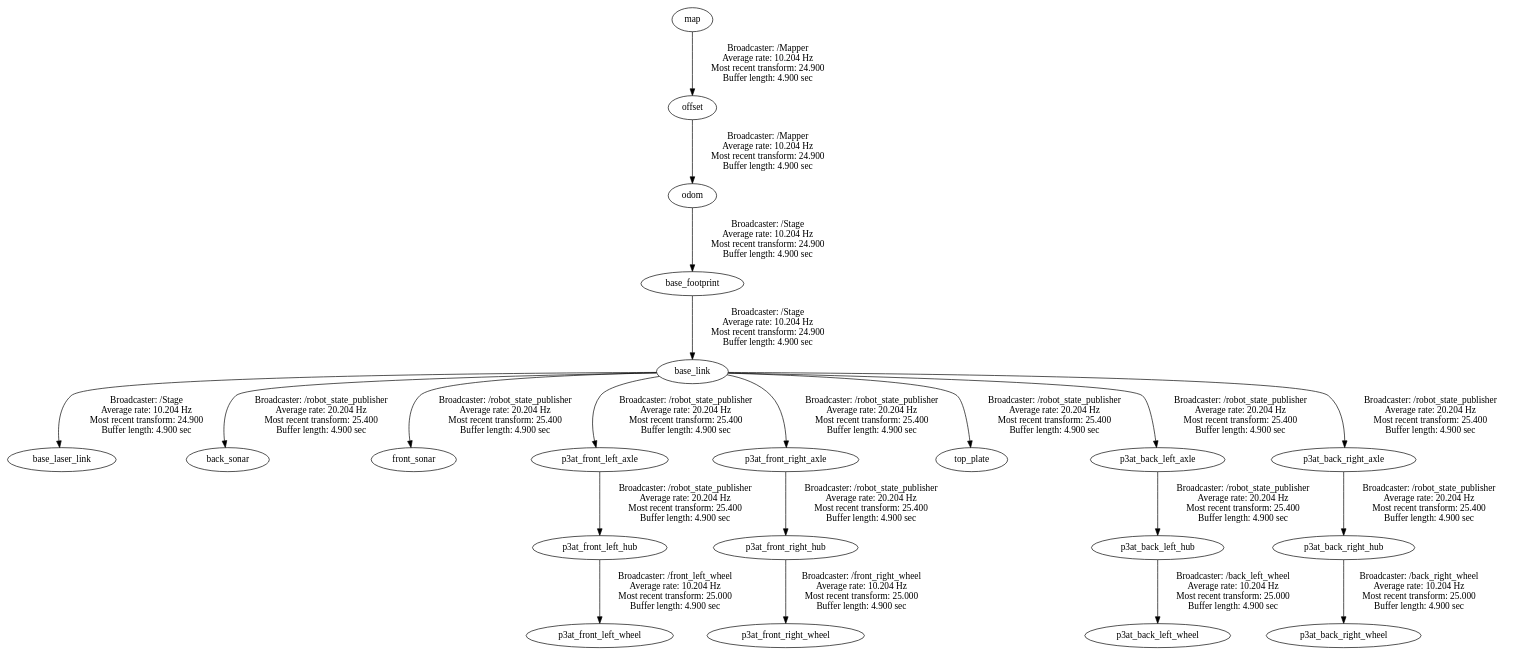
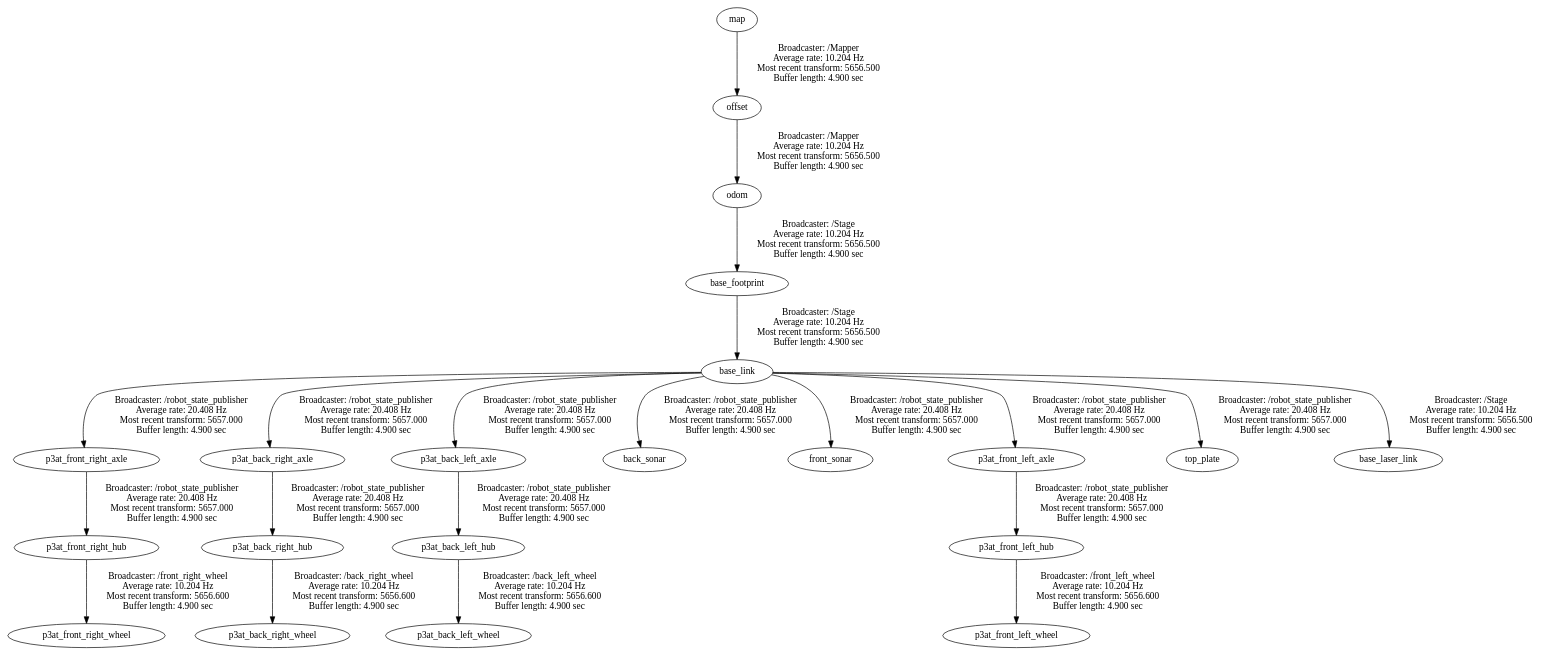
The diagram in config/frames.gv (LiliMeng/coverage_2d), drawn with Graphviz before and after one commit. The commit also changed 41 other files, not shown here.

```diff
--- a/config/frames.gv
+++ b/config/frames.gv
@@ -1,22 +1,22 @@
 digraph G {
-"base_link" -> "base_laser_link"[label="Broadcaster: /Stage\nAverage rate: 10.204 Hz\nMost recent transform: 24.900 \nBuffer length: 4.900 sec\n"];
-"base_footprint" -> "base_link"[label="Broadcaster: /Stage\nAverage rate: 10.204 Hz\nMost recent transform: 24.900 \nBuffer length: 4.900 sec\n"];
-"odom" -> "base_footprint"[label="Broadcaster: /Stage\nAverage rate: 10.204 Hz\nMost recent transform: 24.900 \nBuffer length: 4.900 sec\n"];
-"offset" -> "odom"[label="Broadcaster: /Mapper\nAverage rate: 10.204 Hz\nMost recent transform: 24.900 \nBuffer length: 4.900 sec\n"];
-"base_link" -> "back_sonar"[label="Broadcaster: /robot_state_publisher\nAverage rate: 20.204 Hz\nMost recent transform: 25.400 \nBuffer length: 4.900 sec\n"];
-"base_link" -> "front_sonar"[label="Broadcaster: /robot_state_publisher\nAverage rate: 20.204 Hz\nMost recent transform: 25.400 \nBuffer length: 4.900 sec\n"];
-"base_link" -> "p3at_front_left_axle"[label="Broadcaster: /robot_state_publisher\nAverage rate: 20.204 Hz\nMost recent transform: 25.400 \nBuffer length: 4.900 sec\n"];
-"p3at_front_left_axle" -> "p3at_front_left_hub"[label="Broadcaster: /robot_state_publisher\nAverage rate: 20.204 Hz\nMost recent transform: 25.400 \nBuffer length: 4.900 sec\n"];
-"base_link" -> "p3at_front_right_axle"[label="Broadcaster: /robot_state_publisher\nAverage rate: 20.204 Hz\nMost recent transform: 25.400 \nBuffer length: 4.900 sec\n"];
-"p3at_front_right_axle" -> "p3at_front_right_hub"[label="Broadcaster: /robot_state_publisher\nAverage rate: 20.204 Hz\nMost recent transform: 25.400 \nBuffer length: 4.900 sec\n"];
-"base_link" -> "top_plate"[label="Broadcaster: /robot_state_publisher\nAverage rate: 20.204 Hz\nMost recent transform: 25.400 \nBuffer length: 4.900 sec\n"];
-"base_link" -> "p3at_back_left_axle"[label="Broadcaster: /robot_state_publisher\nAverage rate: 20.204 Hz\nMost recent transform: 25.400 \nBuffer length: 4.900 sec\n"];
-"base_link" -> "p3at_back_right_axle"[label="Broadcaster: /robot_state_publisher\nAverage rate: 20.204 Hz\nMost recent transform: 25.400 \nBuffer length: 4.900 sec\n"];
-"p3at_back_left_axle" -> "p3at_back_left_hub"[label="Broadcaster: /robot_state_publisher\nAverage rate: 20.204 Hz\nMost recent transform: 25.400 \nBuffer length: 4.900 sec\n"];
-"p3at_back_right_axle" -> "p3at_back_right_hub"[label="Broadcaster: /robot_state_publisher\nAverage rate: 20.204 Hz\nMost recent transform: 25.400 \nBuffer length: 4.900 sec\n"];
-"map" -> "offset"[label="Broadcaster: /Mapper\nAverage rate: 10.204 Hz\nMost recent transform: 24.900 \nBuffer length: 4.900 sec\n"];
-"p3at_front_right_hub" -> "p3at_front_right_wheel"[label="Broadcaster: /front_right_wheel\nAverage rate: 10.204 Hz\nMost recent transform: 25.000 \nBuffer length: 4.900 sec\n"];
-"p3at_back_right_hub" -> "p3at_back_right_wheel"[label="Broadcaster: /back_right_wheel\nAverage rate: 10.204 Hz\nMost recent transform: 25.000 \nBuffer length: 4.900 sec\n"];
-"p3at_back_left_hub" -> "p3at_back_left_wheel"[label="Broadcaster: /back_left_wheel\nAverage rate: 10.204 Hz\nMost recent transform: 25.000 \nBuffer length: 4.900 sec\n"];
-"p3at_front_left_hub" -> "p3at_front_left_wheel"[label="Broadcaster: /front_left_wheel\nAverage rate: 10.204 Hz\nMost recent transform: 25.000 \nBuffer length: 4.900 sec\n"];
+"p3at_front_right_hub" -> "p3at_front_right_wheel"[label="Broadcaster: /front_right_wheel\nAverage rate: 10.204 Hz\nMost recent transform: 5656.600 \nBuffer length: 4.900 sec\n"];
+"p3at_front_right_axle" -> "p3at_front_right_hub"[label="Broadcaster: /robot_state_publisher\nAverage rate: 20.408 Hz\nMost recent transform: 5657.000 \nBuffer length: 4.900 sec\n"];
+"p3at_back_right_hub" -> "p3at_back_right_wheel"[label="Broadcaster: /back_right_wheel\nAverage rate: 10.204 Hz\nMost recent transform: 5656.600 \nBuffer length: 4.900 sec\n"];
+"p3at_back_right_axle" -> "p3at_back_right_hub"[label="Broadcaster: /robot_state_publisher\nAverage rate: 20.408 Hz\nMost recent transform: 5657.000 \nBuffer length: 4.900 sec\n"];
+"offset" -> "odom"[label="Broadcaster: /Mapper\nAverage rate: 10.204 Hz\nMost recent transform: 5656.500 \nBuffer length: 4.900 sec\n"];
+"map" -> "offset"[label="Broadcaster: /Mapper\nAverage rate: 10.204 Hz\nMost recent transform: 5656.500 \nBuffer length: 4.900 sec\n"];
+"p3at_back_left_hub" -> "p3at_back_left_wheel"[label="Broadcaster: /back_left_wheel\nAverage rate: 10.204 Hz\nMost recent transform: 5656.600 \nBuffer length: 4.900 sec\n"];
+"p3at_back_left_axle" -> "p3at_back_left_hub"[label="Broadcaster: /robot_state_publisher\nAverage rate: 20.408 Hz\nMost recent transform: 5657.000 \nBuffer length: 4.900 sec\n"];
+"base_link" -> "back_sonar"[label="Broadcaster: /robot_state_publisher\nAverage rate: 20.408 Hz\nMost recent transform: 5657.000 \nBuffer length: 4.900 sec\n"];
+"base_footprint" -> "base_link"[label="Broadcaster: /Stage\nAverage rate: 10.204 Hz\nMost recent transform: 5656.500 \nBuffer length: 4.900 sec\n"];
+"base_link" -> "front_sonar"[label="Broadcaster: /robot_state_publisher\nAverage rate: 20.408 Hz\nMost recent transform: 5657.000 \nBuffer length: 4.900 sec\n"];
+"base_link" -> "p3at_front_left_axle"[label="Broadcaster: /robot_state_publisher\nAverage rate: 20.408 Hz\nMost recent transform: 5657.000 \nBuffer length: 4.900 sec\n"];
+"p3at_front_left_axle" -> "p3at_front_left_hub"[label="Broadcaster: /robot_state_publisher\nAverage rate: 20.408 Hz\nMost recent transform: 5657.000 \nBuffer length: 4.900 sec\n"];
+"base_link" -> "p3at_front_right_axle"[label="Broadcaster: /robot_state_publisher\nAverage rate: 20.408 Hz\nMost recent transform: 5657.000 \nBuffer length: 4.900 sec\n"];
+"base_link" -> "top_plate"[label="Broadcaster: /robot_state_publisher\nAverage rate: 20.408 Hz\nMost recent transform: 5657.000 \nBuffer length: 4.900 sec\n"];
+"base_link" -> "p3at_back_left_axle"[label="Broadcaster: /robot_state_publisher\nAverage rate: 20.408 Hz\nMost recent transform: 5657.000 \nBuffer length: 4.900 sec\n"];
+"base_link" -> "p3at_back_right_axle"[label="Broadcaster: /robot_state_publisher\nAverage rate: 20.408 Hz\nMost recent transform: 5657.000 \nBuffer length: 4.900 sec\n"];
+"base_link" -> "base_laser_link"[label="Broadcaster: /Stage\nAverage rate: 10.204 Hz\nMost recent transform: 5656.500 \nBuffer length: 4.900 sec\n"];
+"odom" -> "base_footprint"[label="Broadcaster: /Stage\nAverage rate: 10.204 Hz\nMost recent transform: 5656.500 \nBuffer length: 4.900 sec\n"];
+"p3at_front_left_hub" -> "p3at_front_left_wheel"[label="Broadcaster: /front_left_wheel\nAverage rate: 10.204 Hz\nMost recent transform: 5656.600 \nBuffer length: 4.900 sec\n"];
 }
```
